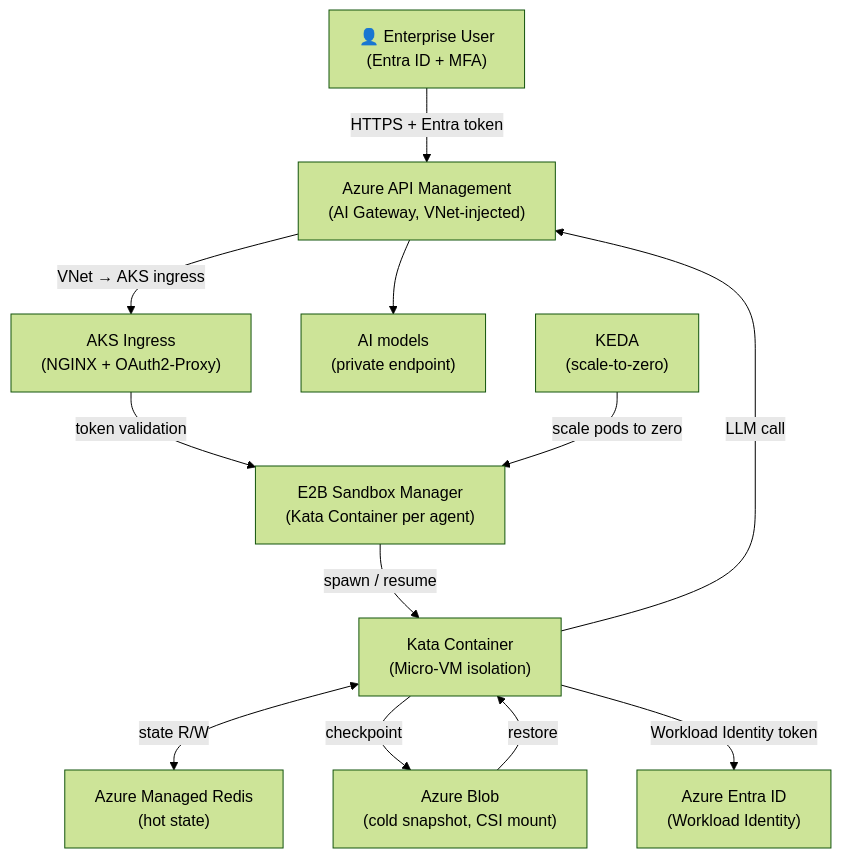
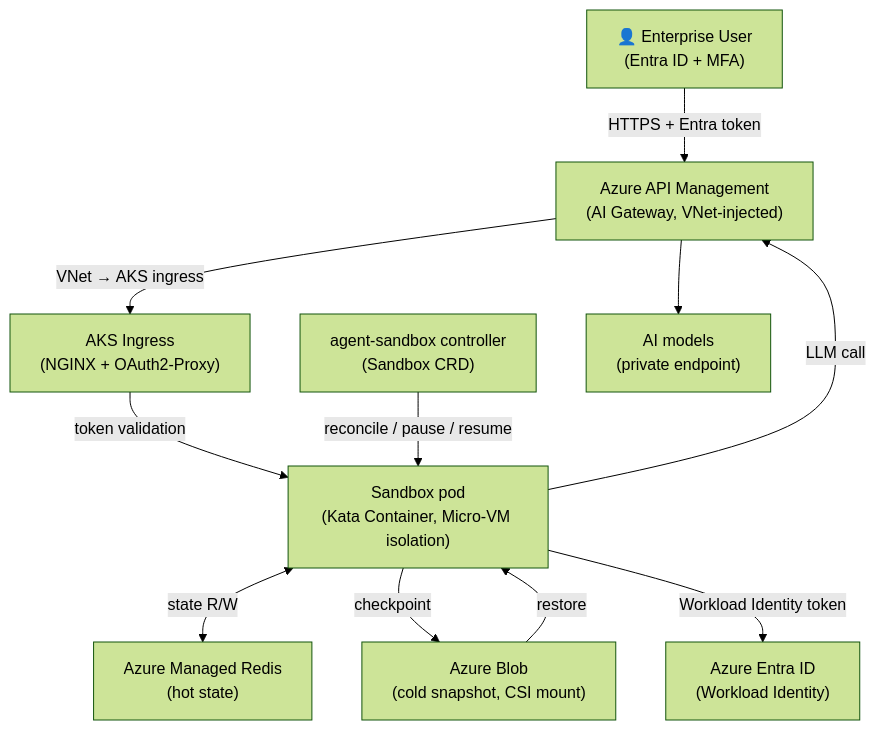
One commit to oxcp/ainotes changed the second of 3 diagrams in agenthost/agenthost.md. Above: the diagram before and after it, drawn with Mermaid (forest theme). The commit also changed other lines of this file and 10 other files, not shown here.

First line of the commit message:
Refactor Module 3 to implement AKS with agent-sandbox

````diff
--- a/agenthost/agenthost.md
+++ b/agenthost/agenthost.md
@@ -194,25 +194,23 @@
 ```mermaid
 flowchart TD
     user["👤 Enterprise User\n(Entra ID + MFA)"]
     apim["Azure API Management\n(AI Gateway, VNet-injected)"]
     ingress["AKS Ingress\n(NGINX + OAuth2-Proxy)"]
-    e2b["E2B Sandbox Manager\n(Kata Container per agent)"]
-    kata["Kata Container\n(Micro-VM isolation)"]
+    ctrl["agent-sandbox controller\n(Sandbox CRD)"]
+    kata["Sandbox pod\n(Kata Container, Micro-VM isolation)"]
     redis["Azure Managed Redis\n(hot state)"]
     blob["Azure Blob\n(cold snapshot, CSI mount)"]
     aoai["AI models\n(private endpoint)"]
     entra["Azure Entra ID\n(Workload Identity)"]
-    keda["KEDA\n(scale-to-zero)"]
 
     user -->|"HTTPS + Entra token"| apim
     apim -->|"VNet → AKS ingress"| ingress
-    ingress -->|"token validation"| e2b
-    e2b -->|"spawn / resume"| kata
+    ingress -->|"token validation"| kata
+    ctrl -->|"reconcile / pause / resume"| kata
     kata <-->|"state R/W"| redis
     kata -->|"checkpoint"| blob
     blob -->|"restore"| kata
     kata -->|"Workload Identity token"| entra
     kata -->|"LLM call"| apim
     apim --> aoai
-    keda -->|"scale pods to zero"| e2b
 ```
````
